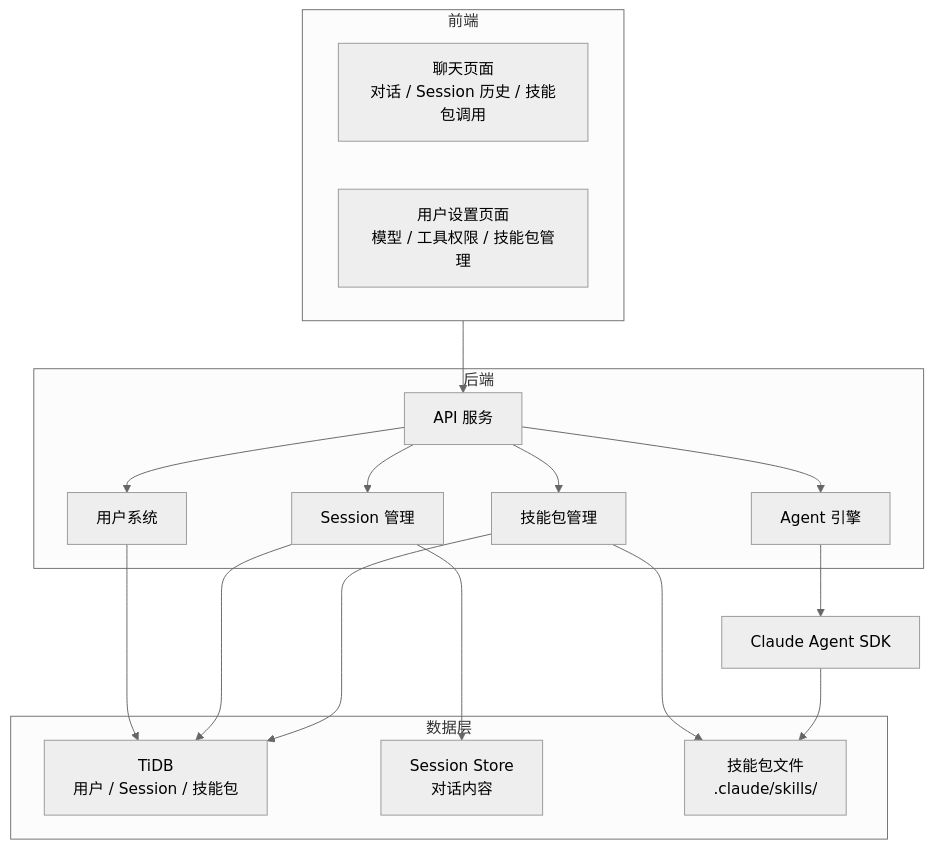
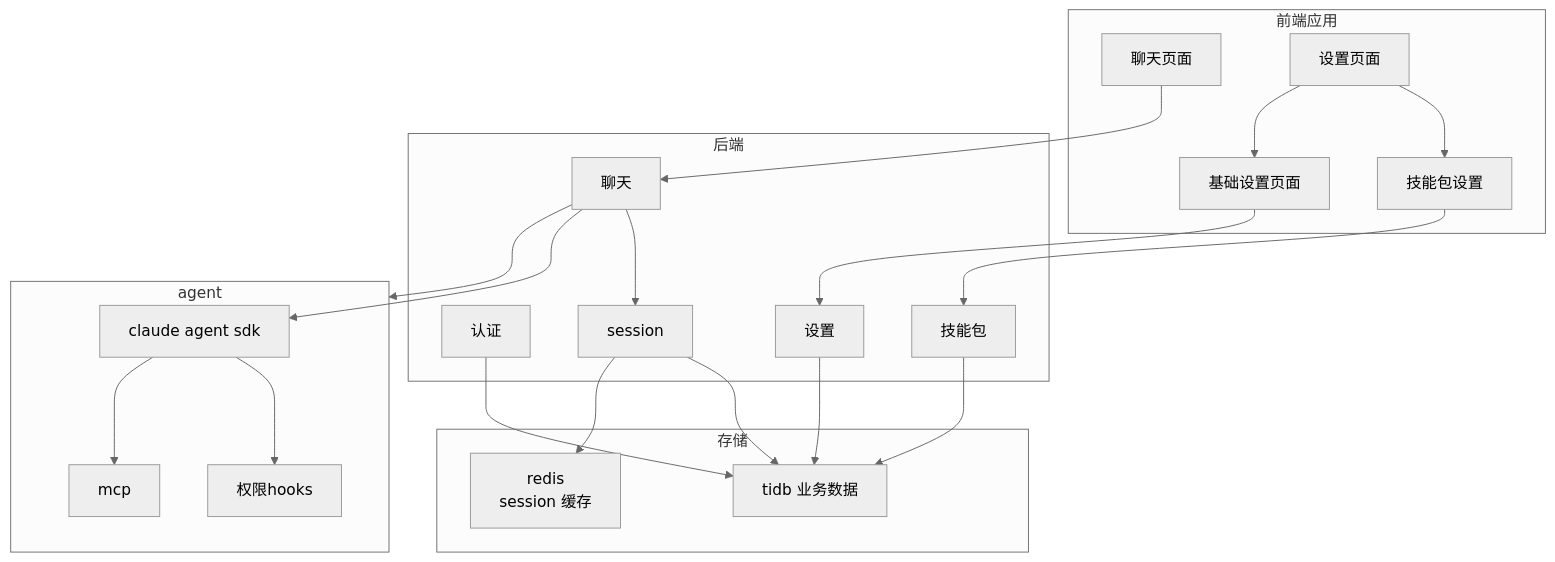
Before and after one commit to xiaocaipi/mm-doc: the first of 20 diagrams in agent/agent_project_design_1.md, drawn with Mermaid (neutral theme). The commit also changed other lines of this file, not shown here.

````diff
--- a/agent/agent_project_design_1.md
+++ b/agent/agent_project_design_1.md
@@ -69,34 +69,46 @@
 ```mermaid
 graph TB
-    subgraph FRONTEND["前端"]
-        CHAT["聊天页面<br/>对话 / Session 历史 / 技能包调用"]
-        SETTINGS["用户设置页面<br/>模型 / 工具权限 / 技能包管理"]
+    subgraph FRONTEND["前端应用"]
+        CHAT["聊天页面"]
+        SETTINGS["设置页面"]
+        SKILL_SETTINGS["技能包设置"]
+        BASE_SETTINGS["基础设置页面"]
     end
 
     subgraph BACKEND["后端"]
-        API["API 服务"]
-        USER["用户系统"]
-        SESSION["Session 管理"]
-        AGENT["Agent 引擎"]
-        SKILLS["技能包管理"]
+        AUTH["认证"]
+        CHAT_API["聊天"]
+        SESSION["session"]
+        SETTINGS_API["设置"]
+        SKILLS["技能包"]
     end
 
-    subgraph DATABASE["数据层"]
-        DB["TiDB<br/>用户 / Session / 技能包"]
-        STORE["Session Store<br/>对话内容"]
-        SKILL_FILES["技能包文件<br/>.claude/skills/"]
+    subgraph AGENT["agent"]
+        SDK["claude agent sdk"]
+        HOOKS["权限hooks"]
+        MCP["mcp"]
     end
 
-    FRONTEND --> API
-    API --> USER
-    API --> SESSION
-    API --> AGENT
-    API --> SKILLS
-    USER --> DB
-    SESSION --> DB
-    SESSION --> STORE
-    SKILLS --> DB
-    SKILLS --> SKILL_FILES
-    AGENT --> SDK["Claude Agent SDK"]
-    SDK --> SKILL_FILES
+    subgraph STORAGE["存储"]
+        TIDB["tidb 业务数据"]
+        REDIS["redis<br/>session 缓存"]
+    end
+
+    CHAT --> CHAT_API
+    SETTINGS --> SKILL_SETTINGS
+    SETTINGS --> BASE_SETTINGS
+    SKILL_SETTINGS --> SKILLS
+    BASE_SETTINGS --> SETTINGS_API
+
+    CHAT_API --> SESSION
+    CHAT_API --> AGENT
+    AUTH --> TIDB
+    SESSION --> TIDB
+    SESSION --> REDIS
+    SETTINGS_API --> TIDB
+    SKILLS --> TIDB
+
+    SDK --> HOOKS
+    SDK --> MCP
+    CHAT_API --> SDK
 ```
````
